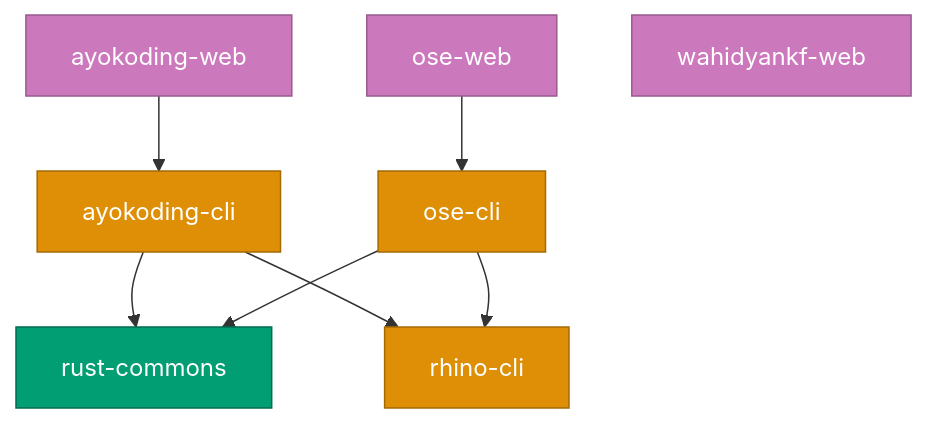
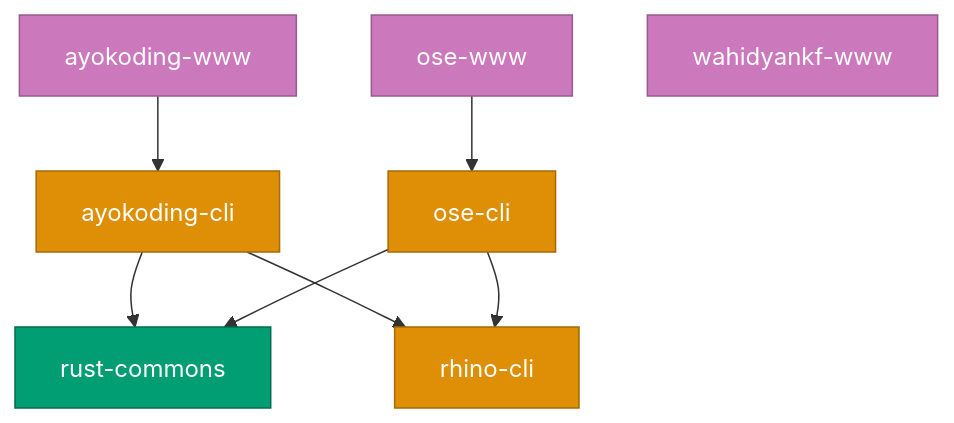
The first of 2 diagrams in docs/reference/project-dependency-graph.md (wahidyankf/baseerah), drawn with Mermaid before and after one commit. The commit also changed other lines of this file and 103 other files, not shown here.

````diff
--- a/docs/reference/project-dependency-graph.md
+++ b/docs/reference/project-dependency-graph.md
@@ -57,33 +57,33 @@
 ```mermaid
 graph TD
   %% Content sites (top level)
-  AKW[ayokoding-web]
-  OPW[ose-web]
-  WKF[wahidyankf-web]
+  AKW[ayokoding-www]
+  OPW[ose-www]
+  WKF[wahidyankf-www]
 
   %% CLI tools
   AKC[ayokoding-cli]
   OPC[ose-cli]
   RC[rhino-cli]
 
   %% Rust lib
   RSC[rust-commons]
 
   %% Content site → CLI
   AKW --> AKC
   OPW --> OPC
 
   %% CLI → shared libs
   AKC --> RSC
   AKC --> RC
   OPC --> RSC
   OPC --> RC
 
   classDef lib fill:#029E73,stroke:#016B4E,color:#FFFFFF
   classDef cli fill:#DE8F05,stroke:#A56A04,color:#FFFFFF
   classDef site fill:#CC78BC,stroke:#9A5A8E,color:#FFFFFF
 
   class RSC lib
   class RC,AKC,OPC cli
   class AKW,OPW,WKF site
 ```
````
